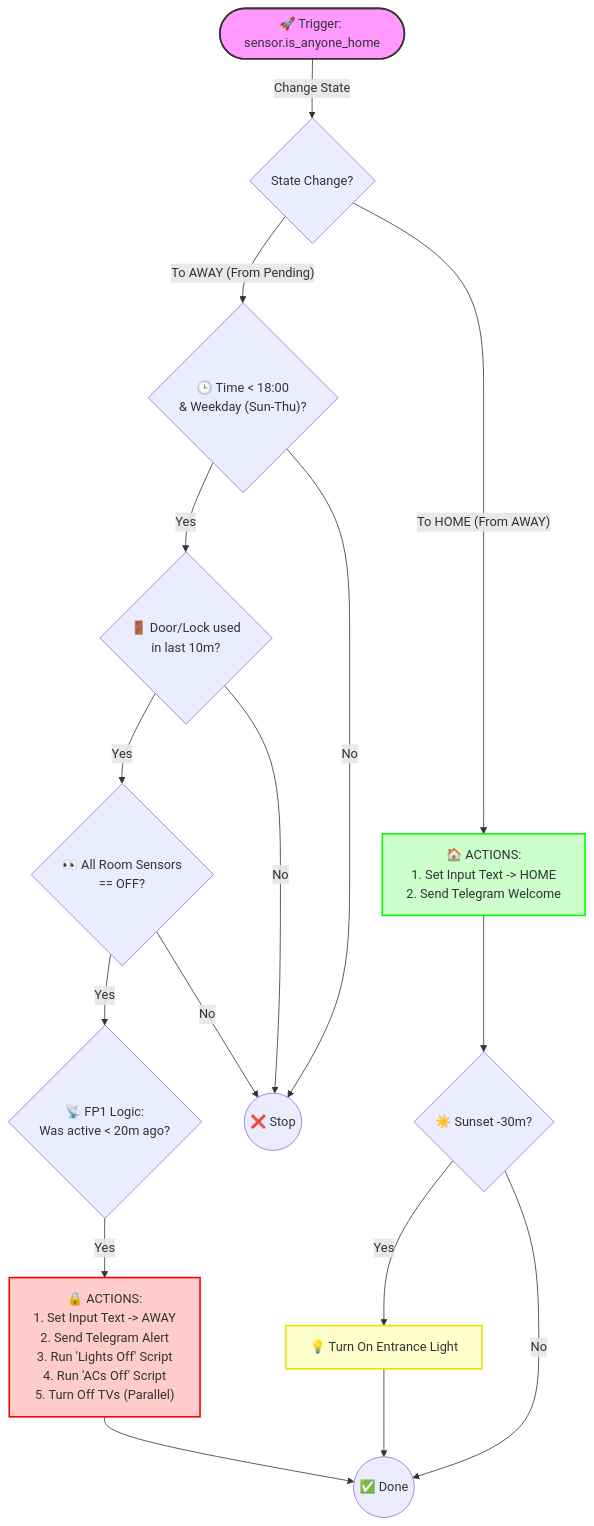
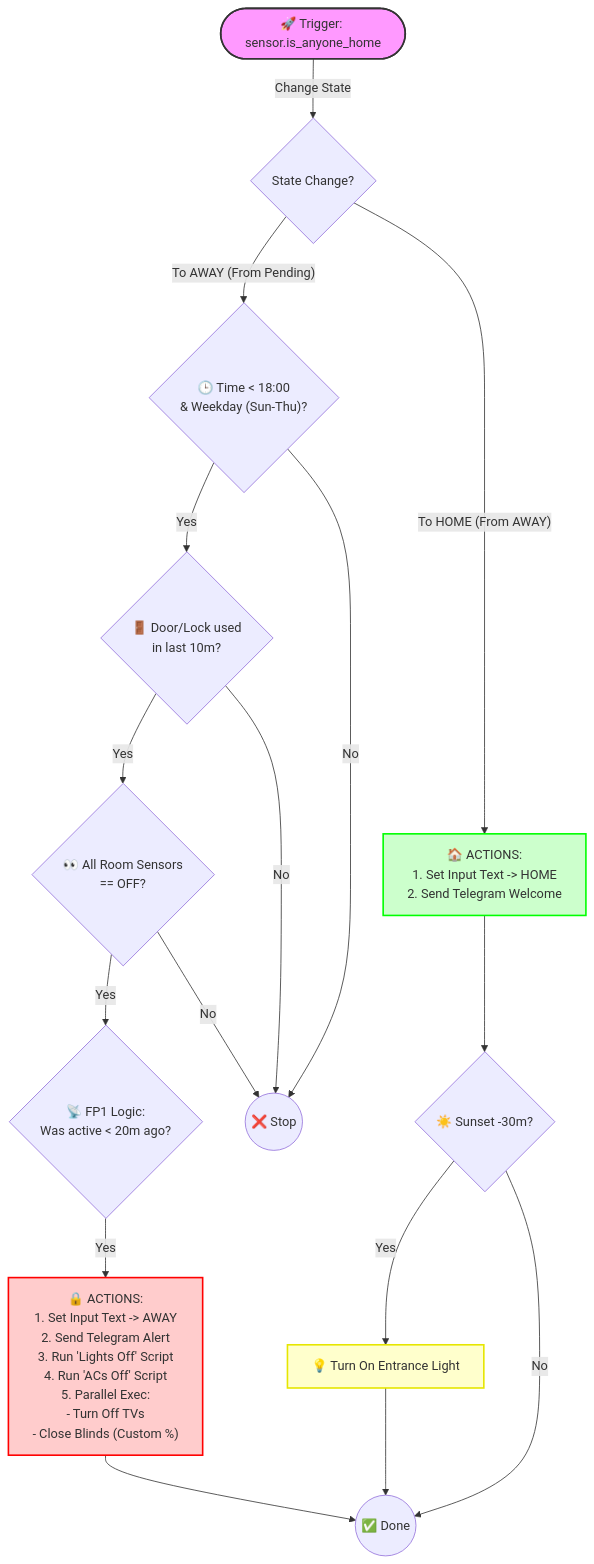
One commit to r0eenac/Home-Assistant changed the diagram in Automations/Leaving The House/README.md. Above: the diagram before and after it, drawn with Mermaid. The commit also changed other lines of this file, not shown here.

````diff
--- a/Automations/Leaving The House/README.md
+++ b/Automations/Leaving The House/README.md
@@ -17,34 +18,33 @@
 ```mermaid
 graph TD
     Start([🚀 Trigger: sensor.is_anyone_home]) --> |Change State| Decision{State Change?}
 
     %% --- LEAVING LOGIC ---
     Decision -- "To AWAY (From Pending)" --> TimeCheck{"🕒 Time < 18:00 <br/>& Weekday (Sun-Thu)?"}
     
     TimeCheck -- Yes --> DoorCheck{"🚪 Door/Lock used <br/>in last 10m?"}
     TimeCheck -- No --> End((❌ Stop))
     
     DoorCheck -- Yes --> OccCheck{"👀 All Room Sensors<br/>== OFF?"}
     DoorCheck -- No --> End
     
     OccCheck -- Yes --> FP1Check{"📡 FP1 Logic:<br/>Was active < 20m ago?"}
     OccCheck -- No --> End
     
-    FP1Check -- Yes --> ActionLeave["🔒 ACTIONS:<br/>1. Set Input Text -> AWAY<br/>2. Send Telegram Alert<br/>3. Run 'Lights Off' Script<br/>4. Run 'ACs Off' Script<br/>5. Turn Off TVs (Parallel)"]
+    FP1Check -- Yes --> ActionLeave["🔒 ACTIONS:<br/>1. Set Input Text -> AWAY<br/>2. Send Telegram Alert<br/>3. Run 'Lights Off' Script<br/>4. Run 'ACs Off' Script<br/>5. Parallel Exec:<br/>- Turn Off TVs<br/>- Close Blinds (Custom %)"]
 
     %% --- ARRIVING LOGIC ---
     Decision -- "To HOME (From AWAY)" --> ActionArrive["🏠 ACTIONS:<br/>1. Set Input Text -> HOME<br/>2. Send Telegram Welcome"]
     
     ActionArrive --> SunCheck{"☀️ Sunset -30m?"}
     
     SunCheck -- Yes --> LightOn[💡 Turn On Entrance Light]
     SunCheck -- No --> Done((✅ Done))
     LightOn --> Done
     ActionLeave --> Done
 
     style Start fill:#f9f,stroke:#333,stroke-width:2px
     style ActionLeave fill:#ffcccc,stroke:#f00,stroke-width:2px
     style ActionArrive fill:#ccffcc,stroke:#0f0,stroke-width:2px
     style LightOn fill:#ffffcc,stroke:#e6e600,stroke-width:2px
-
 ```
````
